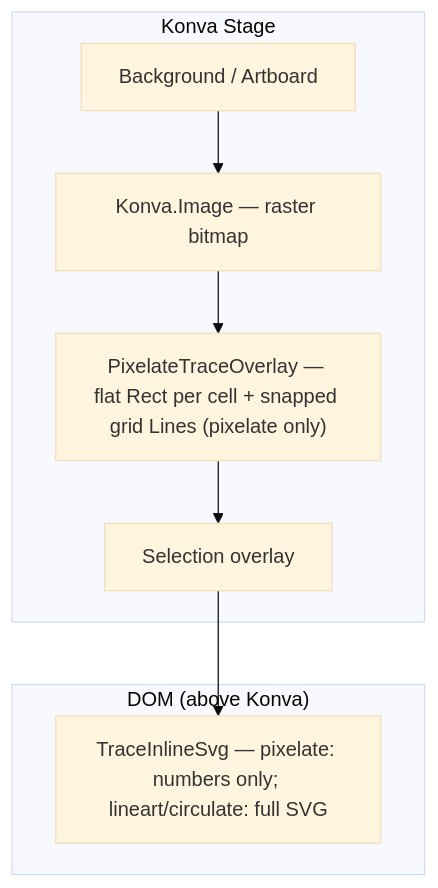
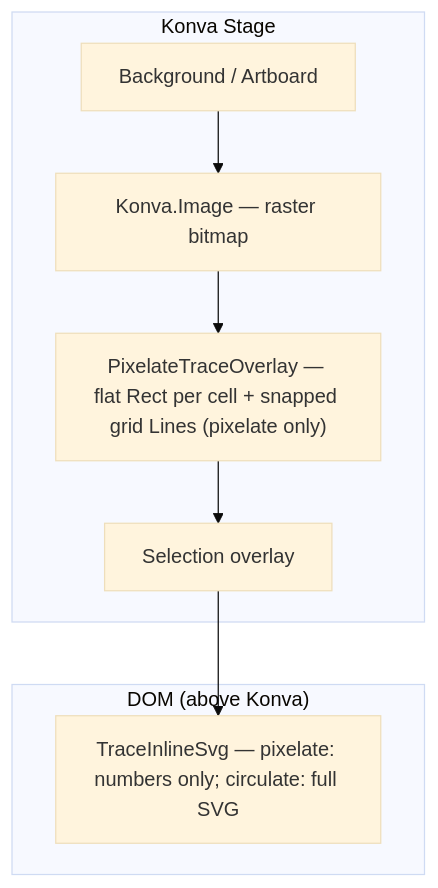
One commit to grufio/app changed the fifth of 5 diagrams in docs/domains/image-editor.md. Above: the diagram before and after it, drawn with Mermaid (base theme). The commit also changed other lines of this file and 68 other files, not shown here.

First line of the commit message:
chore(trace): remove the lineart trace kind entirely (#636)

````diff
--- a/docs/domains/image-editor.md
+++ b/docs/domains/image-editor.md
@@ -509,16 +509,16 @@
 ```mermaid
 flowchart TB
   subgraph Stage["Konva Stage"]
     Bg["Background / Artboard"]
     Img["Konva.Image — raster bitmap"]
     Cells["PixelateTraceOverlay — flat Rect per cell + snapped grid Lines (pixelate only)"]
     Sel["Selection overlay"]
   end
   subgraph DOM["DOM (above Konva)"]
-    Svg["TraceInlineSvg — pixelate: numbers only; lineart/circulate: full SVG"]
+    Svg["TraceInlineSvg — pixelate: numbers only; circulate: full SVG"]
   end
   Bg --> Img
   Img --> Cells
   Cells --> Sel
   Sel --> Svg
 ```
````
